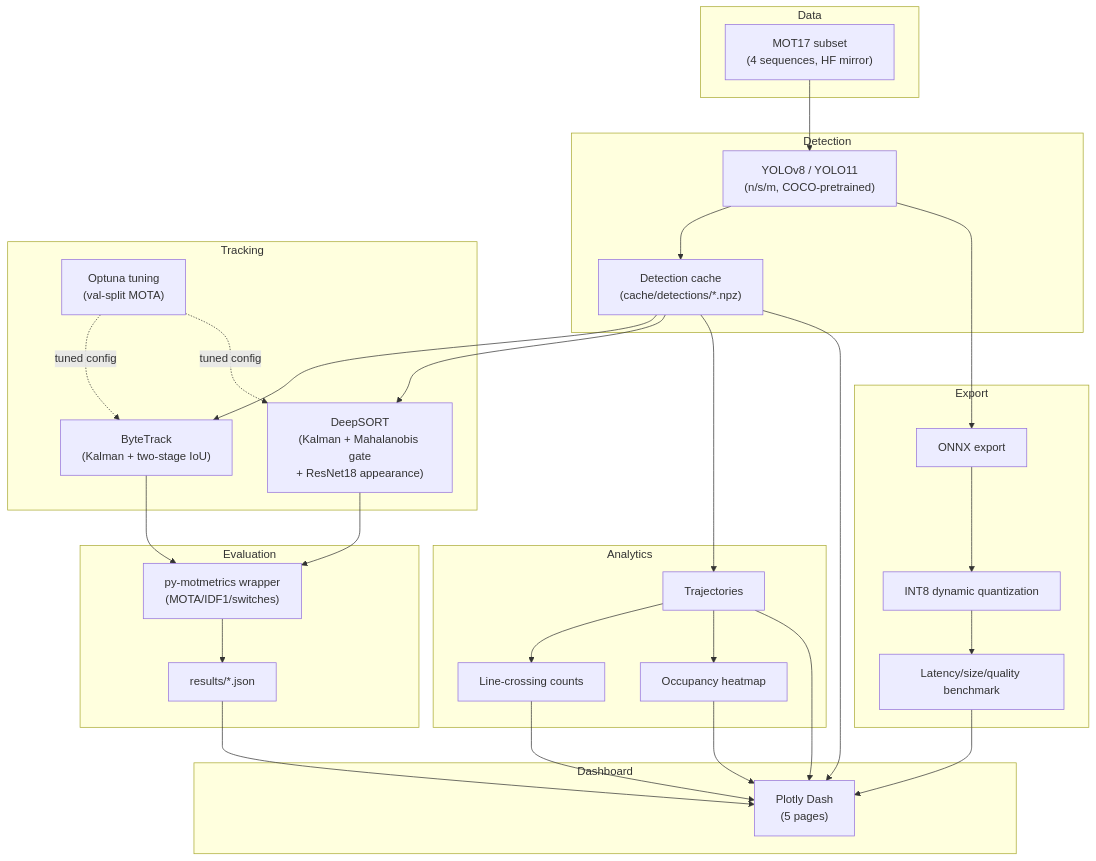
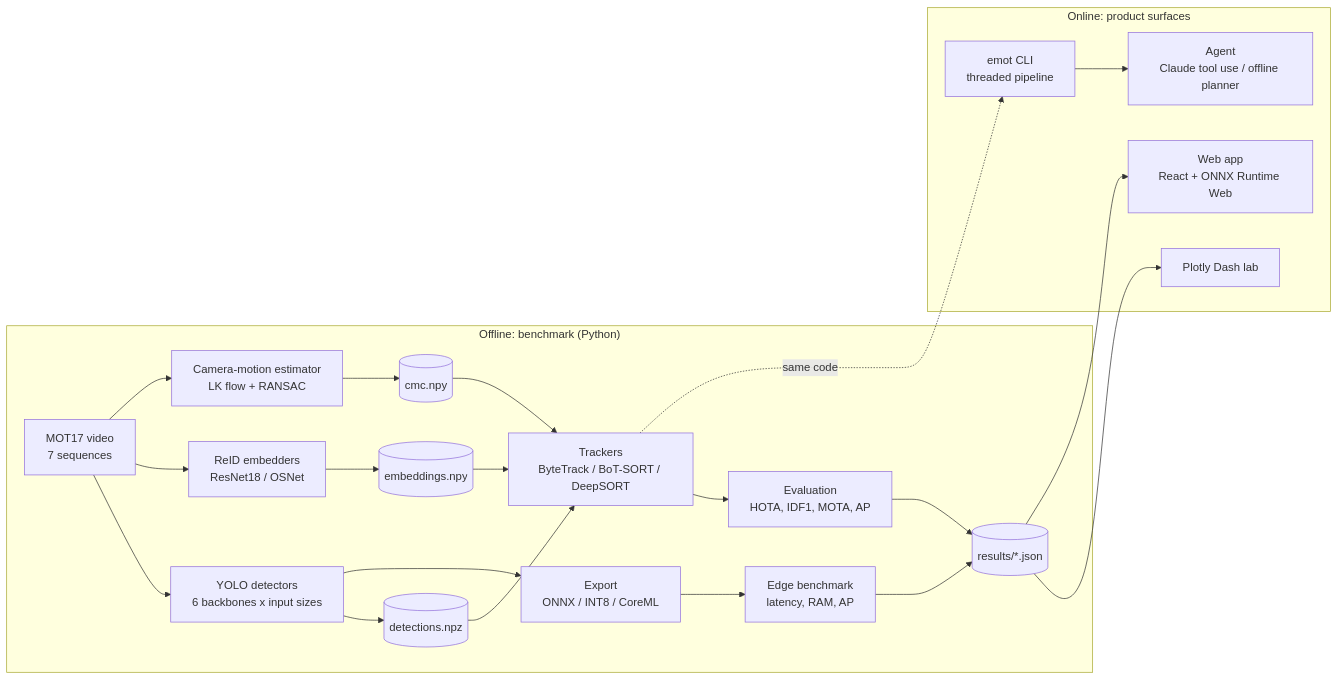
The first of 3 diagrams in docs/architecture.md (fragompul/edge-multi-object-tracking), drawn with Mermaid before and after one commit. The commit also changed other lines of this file and 15 other files, not shown here.

First line of the commit message:
docs: mkdocs site (architecture, methodology, trackers, analytics, web app, privacy, cards, limitations, experiment log)

````diff
--- a/docs/architecture.md
+++ b/docs/architecture.md
@@ -5,49 +5,23 @@
 ```mermaid
-flowchart TB
-    subgraph Data
-        MOT17["MOT17 subset<br/>(4 sequences, HF mirror)"]
+flowchart LR
+    subgraph Offline["Offline: benchmark (Python)"]
+        V["MOT17 video<br/>7 sequences"] --> D["YOLO detectors<br/>6 backbones x input sizes"]
+        D --> DC[("detections.npz")]
+        V --> RE["ReID embedders<br/>ResNet18 / OSNet"] --> EC[("embeddings.npy")]
+        V --> CMC["Camera-motion estimator<br/>LK flow + RANSAC"] --> CC[("cmc.npy")]
+        DC & EC & CC --> T["Trackers<br/>ByteTrack / BoT-SORT / DeepSORT"]
+        T --> EV["Evaluation<br/>HOTA, IDF1, MOTA, AP"]
+        EV --> R[("results/*.json")]
+        D --> X["Export<br/>ONNX / INT8 / CoreML"] --> EB["Edge benchmark<br/>latency, RAM, AP"] --> R
     end
-
-    subgraph Detection
-        YOLO["YOLOv8 / YOLO11<br/>(n/s/m, COCO-pretrained)"]
-        Cache["Detection cache<br/>(cache/detections/*.npz)"]
+    subgraph Online["Online: product surfaces"]
+        CLI["emot CLI<br/>threaded pipeline"]
+        AG["Agent<br/>Claude tool use / offline planner"]
+        WEB["Web app<br/>React + ONNX Runtime Web"]
+        DASH["Plotly Dash lab"]
     end
-
-    subgraph Tracking
-        BT["ByteTrack<br/>(Kalman + two-stage IoU)"]
-        DS["DeepSORT<br/>(Kalman + Mahalanobis gate<br/>+ ResNet18 appearance)"]
-        Tune["Optuna tuning<br/>(val-split MOTA)"]
-    end
-
-    subgraph Evaluation
-        MM["py-motmetrics wrapper<br/>(MOTA/IDF1/switches)"]
-        Results["results/*.json"]
-    end
-
-    subgraph Export
-        ONNX["ONNX export"]
-        Quant["INT8 dynamic quantization"]
-        Bench["Latency/size/quality benchmark"]
-    end
-
-    subgraph Analytics
-        Traj["Trajectories"]
-        Count["Line-crossing counts"]
-        Heat["Occupancy heatmap"]
-    end
-
-    subgraph Dashboard
-        Dash["Plotly Dash<br/>(5 pages)"]
-    end
-
-    MOT17 --> YOLO --> Cache
-    Cache --> BT & DS
-    Tune -.tuned config.-> BT & DS
-    BT & DS --> MM --> Results
-    YOLO --> ONNX --> Quant --> Bench
-    Cache --> Traj --> Count & Heat
-    Results --> Dash
-    Bench --> Dash
-    Traj & Count & Heat --> Dash
-    Cache --> Dash
+    R --> DASH
+    R --> WEB
+    T -.same code.-> CLI
+    CLI --> AG
 ```
````
